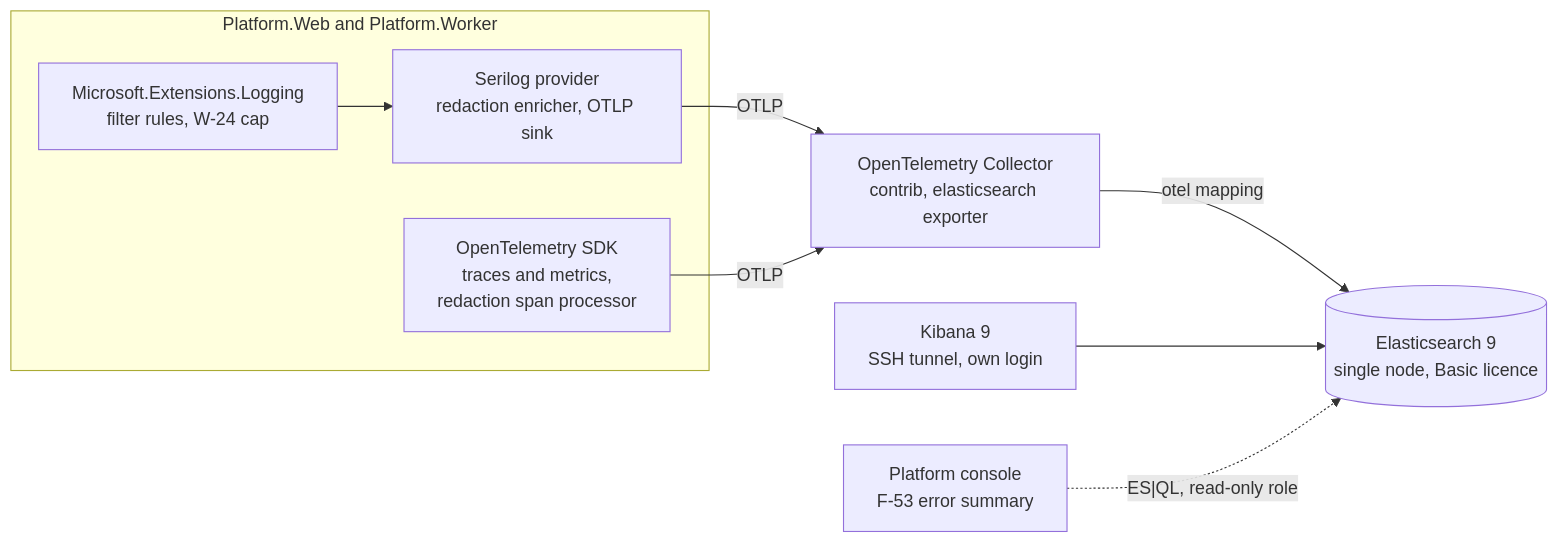
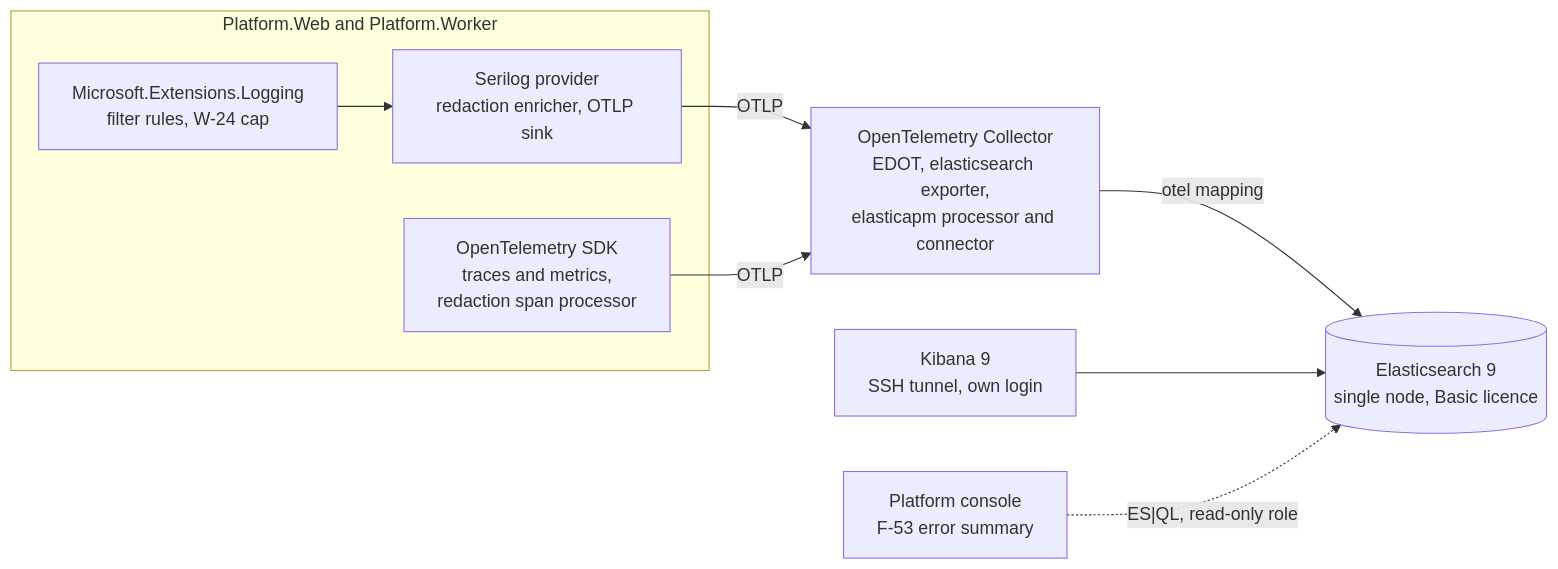
Before and after one commit to AhmedAssaf/ERP: the diagram in docs/adr/0014-observability-stack-for-the-pilot.md, drawn with Mermaid. The commit also changed other lines of this file and 6 other files, not shown here.

First line of the commit message:
feat(telemetry): EDOT collector with elasticapm for Kibana's APM view; Elasticsearch 1.75 GB (W-10 follow-ups)

````diff
--- a/docs/adr/0014-observability-stack-for-the-pilot.md
+++ b/docs/adr/0014-observability-stack-for-the-pilot.md
@@ -14,12 +14,12 @@
 ```mermaid
 flowchart LR
     subgraph HOSTS["Platform.Web and Platform.Worker"]
         MEL["Microsoft.Extensions.Logging<br/>filter rules, W-24 cap"] --> SER["Serilog provider<br/>redaction enricher, OTLP sink"]
         SDK["OpenTelemetry SDK<br/>traces and metrics,<br/>redaction span processor"]
     end
-    SER -->|"OTLP"| COL["OpenTelemetry Collector<br/>contrib, elasticsearch exporter"]
+    SER -->|"OTLP"| COL["OpenTelemetry Collector<br/>EDOT, elasticsearch exporter,<br/>elasticapm processor and connector"]
     SDK -->|"OTLP"| COL
     COL -->|"otel mapping"| ES[("Elasticsearch 9<br/>single node, Basic licence")]
     KIB["Kibana 9<br/>SSH tunnel, own login"] --> ES
     CON["Platform console<br/>F-53 error summary"] -. "ES|QL, read-only role" .-> ES
 ```
````
